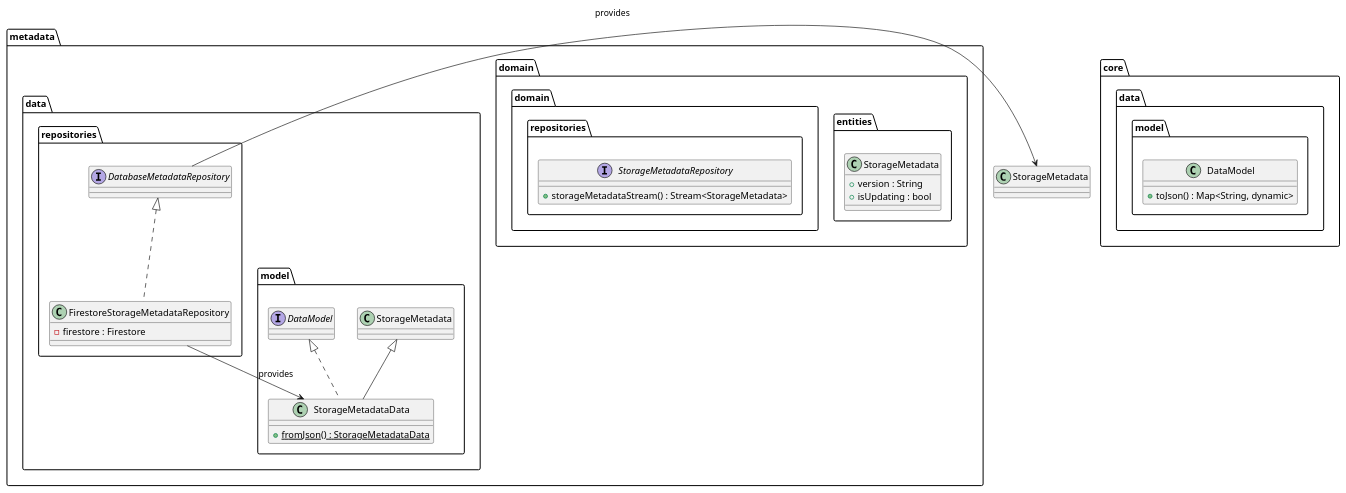
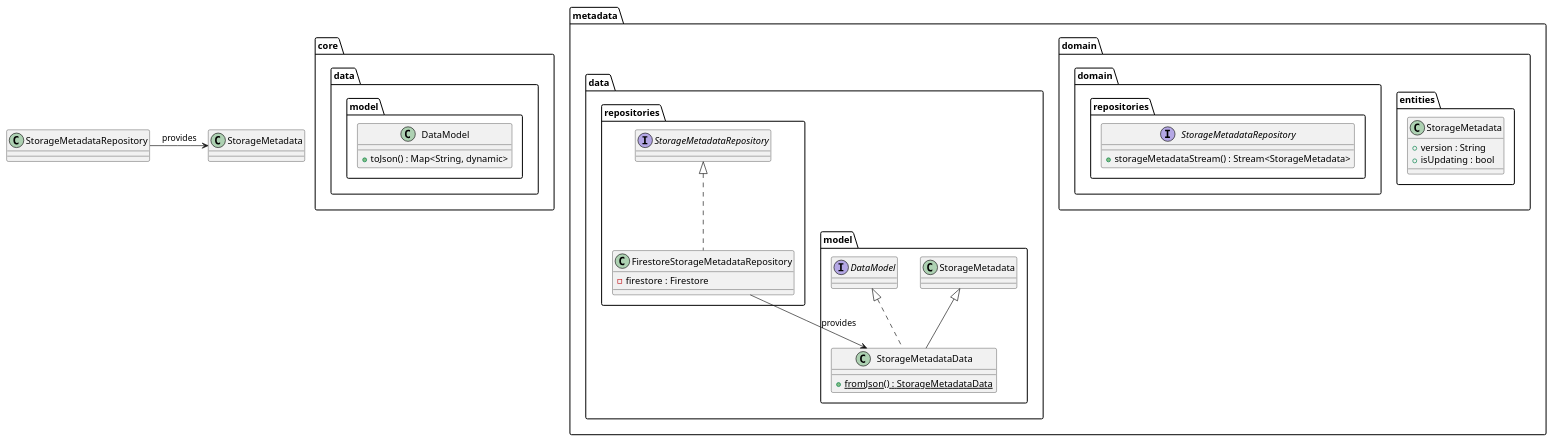
One commit to Flank/flank-dashboard changed the diagram in metrics/web/docs/features/supported_database_version/diagrams/metadata_data_class_diagram.puml. Above: the diagram before and after it, drawn with PlantUML. The commit also changed 1 other file, not shown here.

```diff
--- a/metrics/web/docs/features/supported_database_version/diagrams/metadata_data_class_diagram.puml
+++ b/metrics/web/docs/features/supported_database_version/diagrams/metadata_data_class_diagram.puml
@@ -1,48 +1,48 @@
 @startuml metadata_data_class_diagram
 
 package core.data.model {
     class DataModel {
         + toJson() : Map<String, dynamic>
     }
 }
 
 package metadata {
 
     package domain {
         package entities {
             class StorageMetadata {
                 + version : String
                 + isUpdating : bool
             }
         }
 
         package repositories as domain.repositories {
             interface StorageMetadataRepository {
                 + storageMetadataStream() : Stream<StorageMetadata>
             }
         }
 
     }
 
     package data {
         package model {
             class StorageMetadataData extends StorageMetadata implements DataModel {
                 + {static} fromJson() : StorageMetadataData
             }
         }
 
 
         package repositories {
-            class FirestoreStorageMetadataRepository implements DatabaseMetadataRepository {
+            class FirestoreStorageMetadataRepository implements StorageMetadataRepository {
                 - firestore : Firestore
             }
         }
     }
 }
 
 FirestoreStorageMetadataRepository --> StorageMetadataData : provides
 
-DatabaseMetadataRepository -> StorageMetadata : provides
+StorageMetadataRepository -> StorageMetadata : provides
 
 
 @enduml
```
